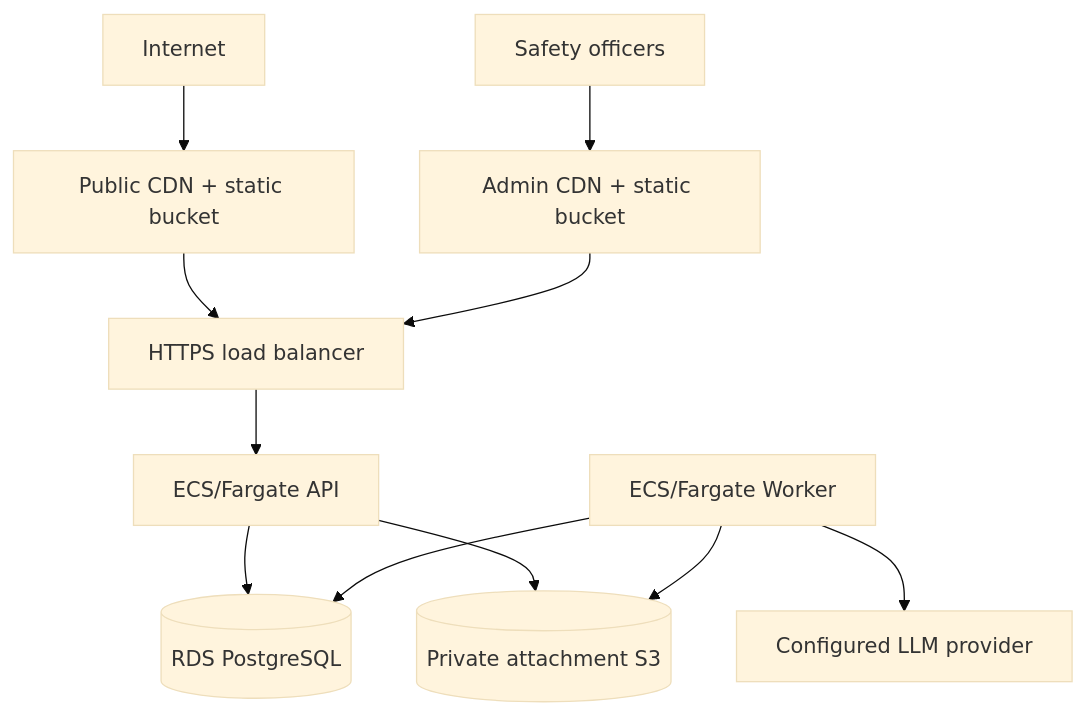
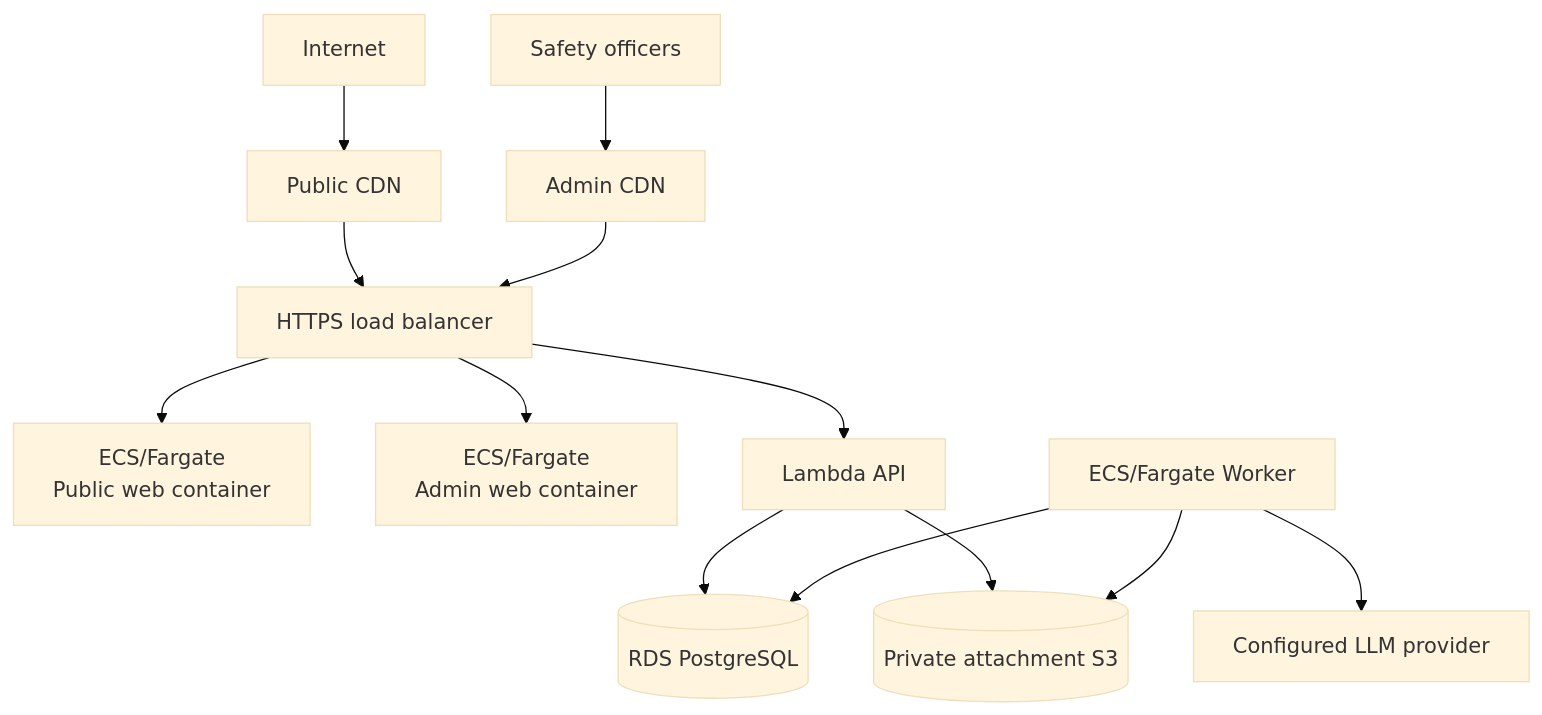
The diagram in docs/infrastructure-and-operations.md (HPAC-Safety/safety-report), drawn with Mermaid (base theme) before and after one commit. The commit also changed other lines of this file and 21 other files, not shown here.

````diff
--- a/docs/infrastructure-and-operations.md
+++ b/docs/infrastructure-and-operations.md
@@ -7,13 +7,15 @@
 ```mermaid
 flowchart TD
-    internet[Internet] --> publiccdn[Public CDN + static bucket]
-    officers[Safety officers] --> admincdn[Admin CDN + static bucket]
+    internet[Internet] --> publiccdn[Public CDN]
+    officers[Safety officers] --> admincdn[Admin CDN]
     publiccdn --> alb[HTTPS load balancer]
     admincdn --> alb
-    alb --> api[ECS/Fargate API]
+    alb --> pubweb[ECS/Fargate<br/>Public web container]
+    alb --> adminweb[ECS/Fargate<br/>Admin web container]
+    alb --> api[Lambda API]
     worker[ECS/Fargate Worker] --> llm[Configured LLM provider]
     api --> rds[(RDS PostgreSQL)]
     worker --> rds
     api --> media[(Private attachment S3)]
     worker --> media
 ```
````
